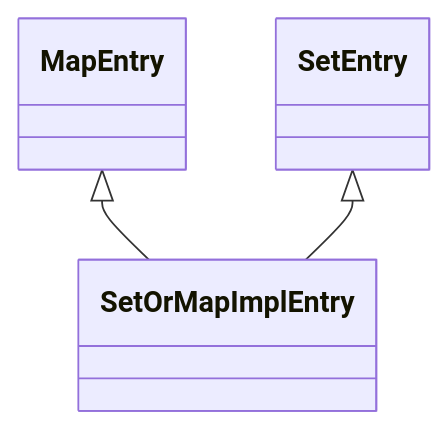
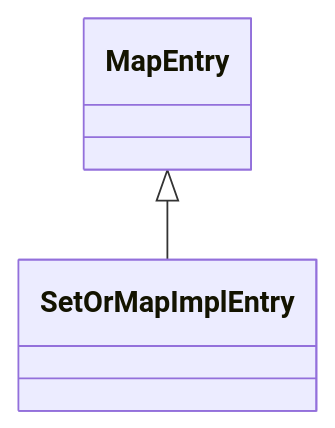
Before and after one commit to nasa/fprime: the diagram in Fw/DataStructures/docs/SetOrMapImplEntry.md, drawn with Mermaid. The commit also changed other lines of this file, not shown here.

Commit message:
Revise SetOrMapImplEntry

````diff
--- a/Fw/DataStructures/docs/SetOrMapImplEntry.md
+++ b/Fw/DataStructures/docs/SetOrMapImplEntry.md
@@ -25,5 +23,4 @@
 ```mermaid
 classDiagram
     MapEntry <|-- SetOrMapImplEntry
-    SetEntry <|-- SetOrMapImplEntry
 ```
````
